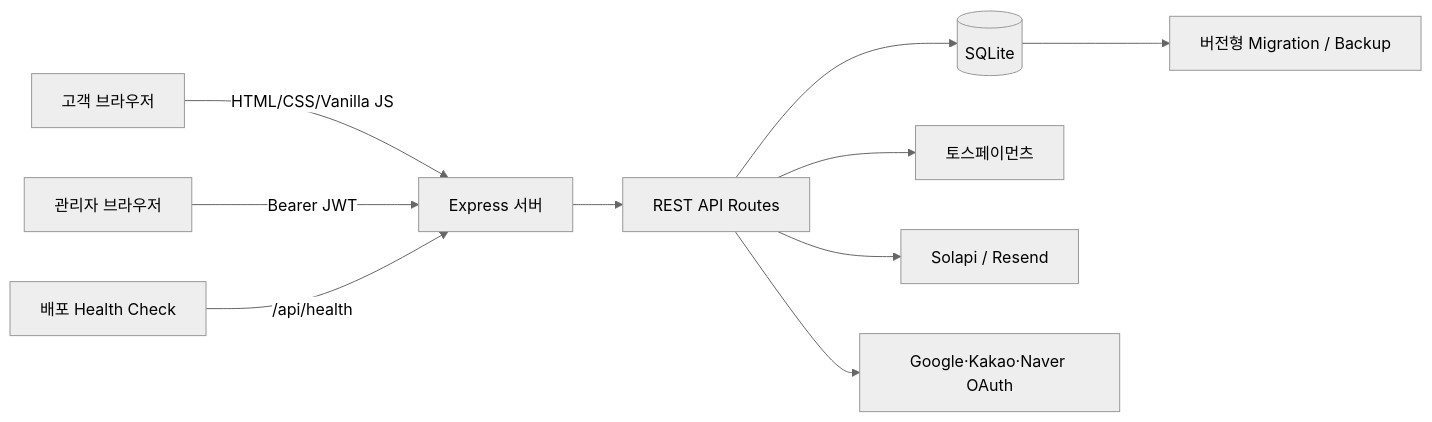
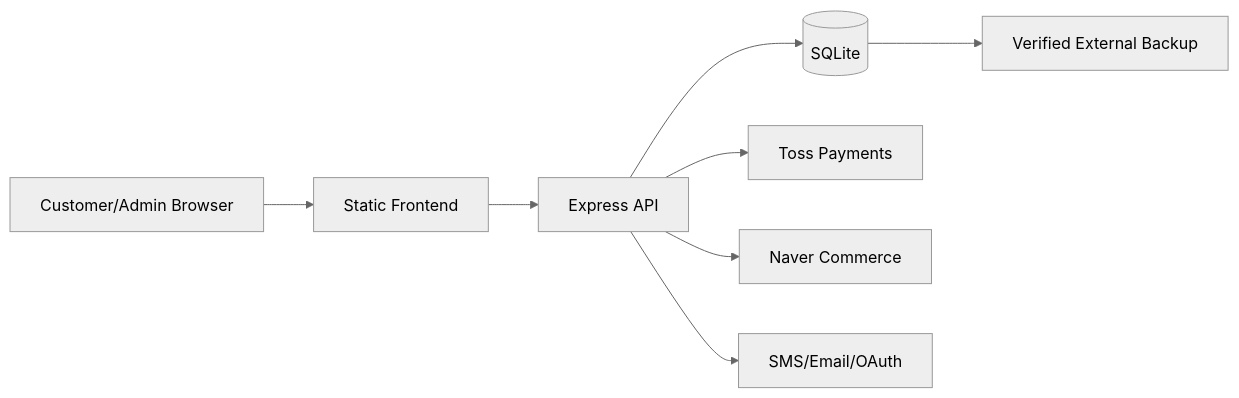
The first of 3 diagrams in README.md (wlrjs1300-coder/ShoppingMall), drawn with Mermaid (neutral theme) before and after one commit. The commit also changed other lines of this file and 2 other files, not shown here.

````diff
--- a/README.md
+++ b/README.md
@@ -85,12 +93,10 @@
 ```mermaid
 flowchart LR
-  C[고객 브라우저] -->|HTML/CSS/Vanilla JS| E[Express 서버]
-  A[관리자 브라우저] -->|Bearer JWT| E
-  E --> R[REST API Routes]
-  R --> S[(SQLite)]
-  R --> T[토스페이먼츠]
-  R --> M[Solapi / Resend]
-  R --> O[Google·Kakao·Naver OAuth]
-  S --> B[버전형 Migration / Backup]
-  H[배포 Health Check] -->|/api/health| E
+  Browser[Customer/Admin Browser] --> Web[Static Frontend]
+  Web --> API[Express API]
+  API --> DB[(SQLite)]
+  API --> Toss[Toss Payments]
+  API --> Naver[Naver Commerce]
+  API --> Notify[SMS/Email/OAuth]
+  DB --> Backup[Verified External Backup]
 ```
````
